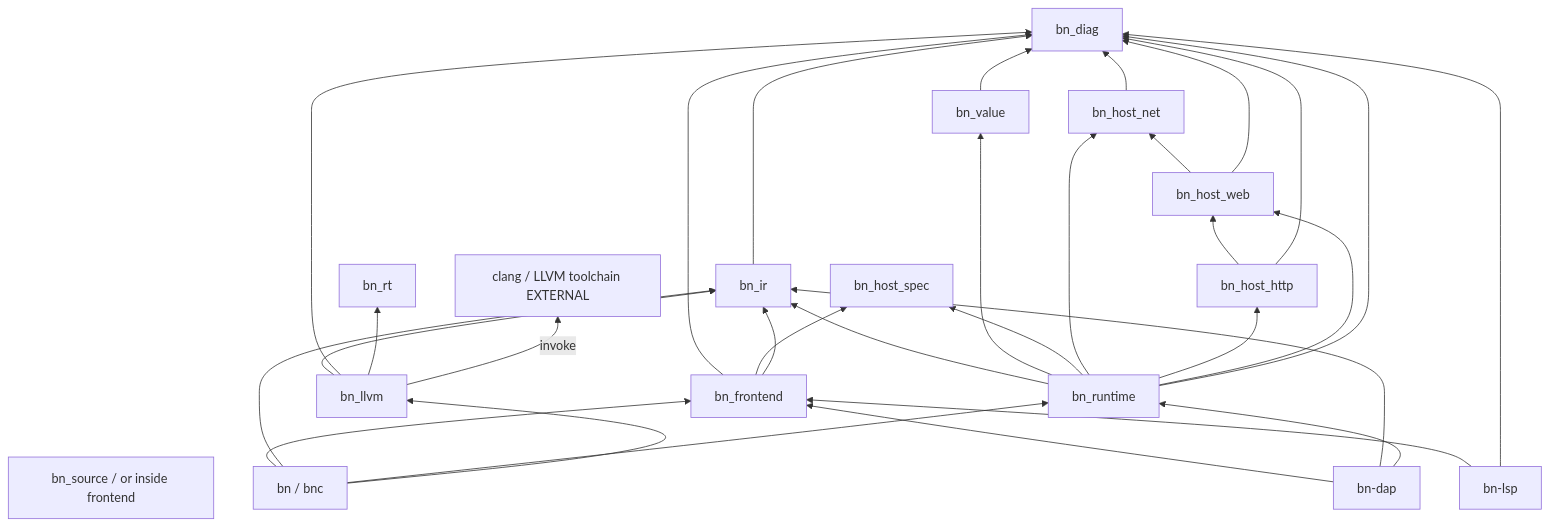
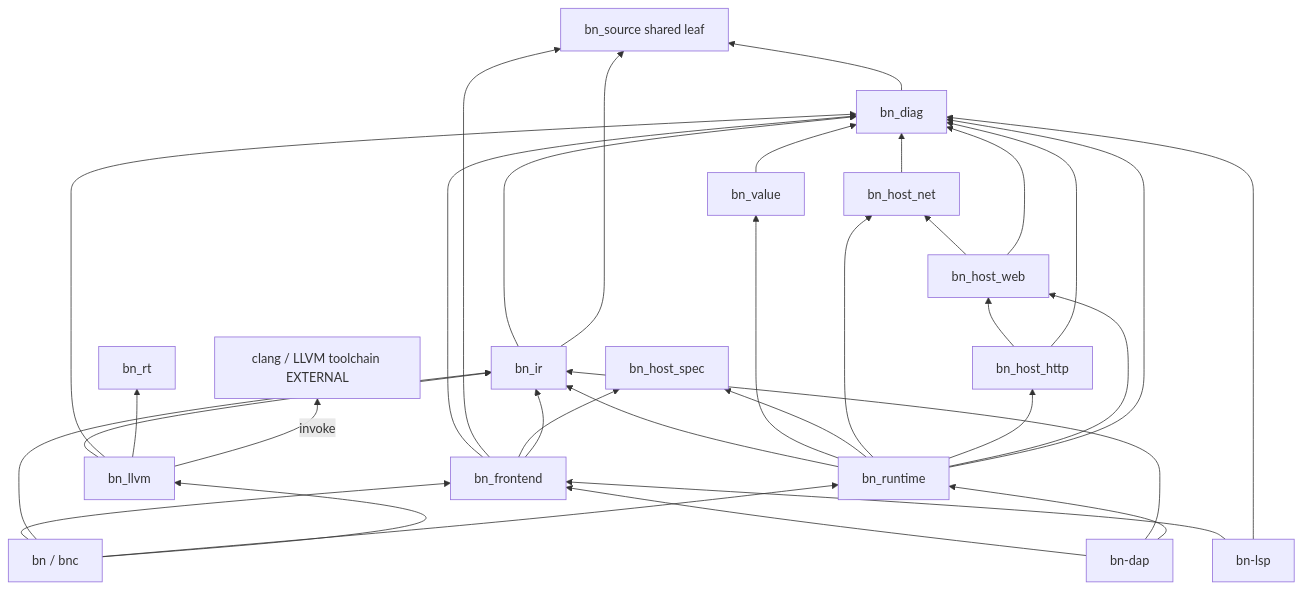
One commit to cquintella/BasicNext changed the eighth of 10 diagrams in docs/architecture/target-architecture.md. Above: the diagram before and after it, drawn with Mermaid. The commit also changed other lines of this file and 191 other files, not shown here.

````diff
--- a/docs/architecture/target-architecture.md
+++ b/docs/architecture/target-architecture.md
@@ -214,50 +214,53 @@
 ```mermaid
 flowchart BT
   DIAG[bn_diag]
   VAL[bn_value]
-  SRC[bn_source / or inside frontend]
+  SRC[bn_source shared leaf]
   SPEC[bn_host_spec]
   FE[bn_frontend]
   IR[bn_ir]
   NET[bn_host_net]
   HTTP[bn_host_http]
   WEB[bn_host_web]
   RT[bn_runtime]
   LLVM[bn_llvm]
   BNRT[bn_rt]
   CLI[bn / bnc]
   LSP[bn-lsp]
   DAP[bn-dap]
   EXT["clang / LLVM toolchain EXTERNAL"]
 
   FE --> DIAG
+  FE --> SRC
   FE --> SPEC
   FE --> IR
   IR --> DIAG
+  IR --> SRC
+  DIAG --> SRC
   VAL --> DIAG
   NET --> DIAG
   WEB --> NET
   WEB --> DIAG
   HTTP --> WEB
   HTTP --> DIAG
   RT --> IR
   RT --> VAL
   RT --> SPEC
   RT --> NET
   RT --> HTTP
   RT --> WEB
   RT --> DIAG
   LLVM --> IR
   LLVM --> DIAG
   LLVM --> BNRT
   LLVM -->|invoke| EXT
   CLI --> FE
   CLI --> IR
   CLI --> RT
   CLI --> LLVM
   LSP --> FE
   LSP --> DIAG
   DAP --> FE
   DAP --> IR
   DAP --> RT
 ```
````
